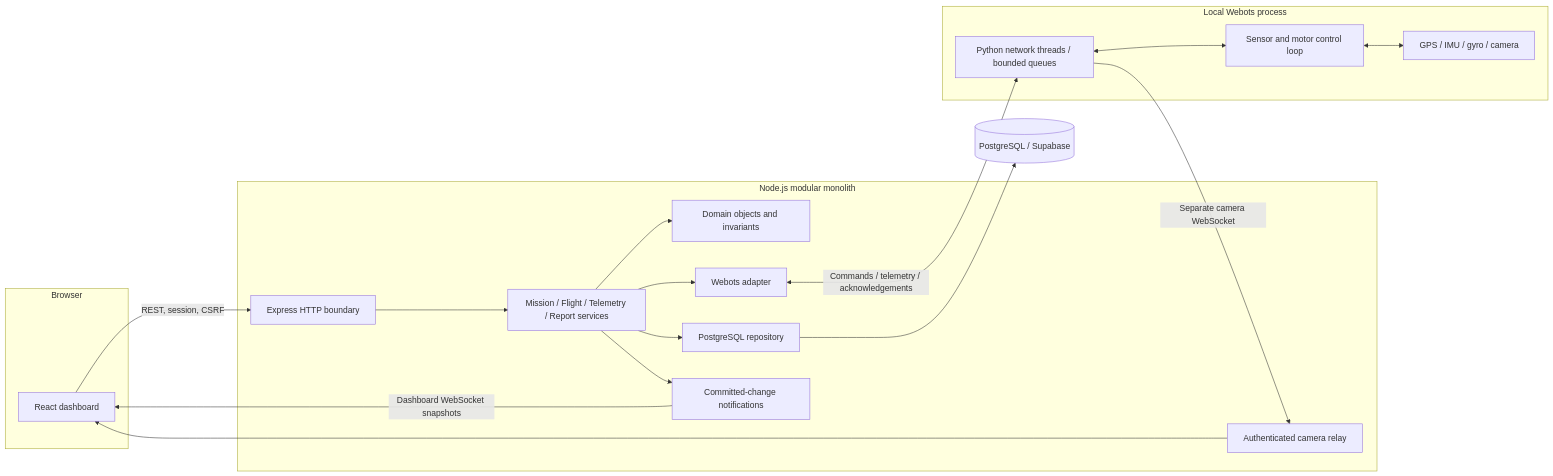
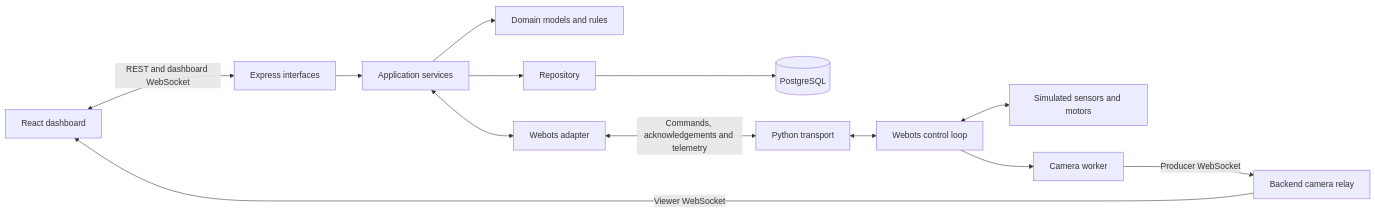
Before and after one commit to mk0904/bumblbee: the first of 6 diagrams in README.md, drawn with Mermaid. The commit also changed other lines of this file, not shown here.

````diff
--- a/README.md
+++ b/README.md
@@ -67,33 +47,15 @@
 ```mermaid
 flowchart LR
-  subgraph Browser
-    UI[React dashboard]
-  end
-  subgraph Server[Node.js modular monolith]
-    HTTP[Express HTTP boundary]
-    APP[Mission / Flight / Telemetry / Report services]
-    DOMAIN[Domain objects and invariants]
-    SQL[PostgreSQL repository]
-    ADAPTER[Webots adapter]
-    EVENTS[Committed-change notifications]
-    CAMERA[Authenticated camera relay]
-  end
-  subgraph Simulator[Local Webots process]
-    NET[Python network threads / bounded queues]
-    LOOP[Sensor and motor control loop]
-    SENSORS[GPS / IMU / gyro / camera]
-  end
-  UI -->|REST, session, CSRF| HTTP
-  HTTP --> APP
-  APP --> DOMAIN
-  APP --> SQL
-  SQL --> DB[(PostgreSQL / Supabase)]
-  APP --> ADAPTER
-  ADAPTER <-->|Commands / telemetry / acknowledgements| NET
-  NET <--> LOOP
-  LOOP <--> SENSORS
-  APP --> EVENTS
-  EVENTS -->|Dashboard WebSocket snapshots| UI
-  NET -->|Separate camera WebSocket| CAMERA
-  CAMERA --> UI
+    UI[React dashboard] <-->|REST and dashboard WebSocket| API[Express interfaces]
+    API --> APP[Application services]
+    APP --> DOMAIN[Domain models and rules]
+    APP --> REPO[Repository]
+    REPO --> DB[(PostgreSQL)]
+    APP <--> ADAPTER[Webots adapter]
+    ADAPTER <-->|Commands, acknowledgements and telemetry| BRIDGE[Python transport]
+    BRIDGE <--> LOOP[Webots control loop]
+    LOOP <--> DRONE[Simulated sensors and motors]
+    LOOP --> CAM[Camera worker]
+    CAM -->|Producer WebSocket| RELAY[Backend camera relay]
+    RELAY -->|Viewer WebSocket| UI
 ```
````
